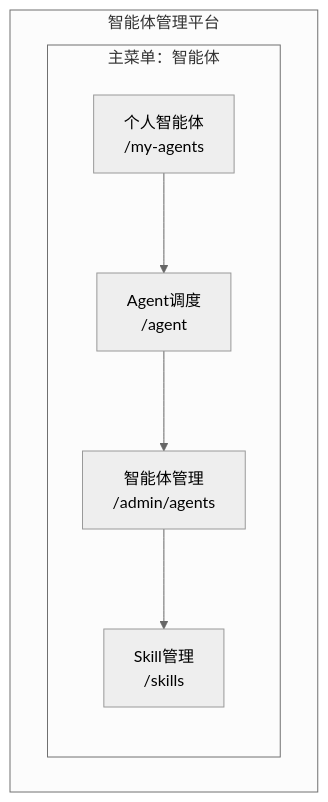
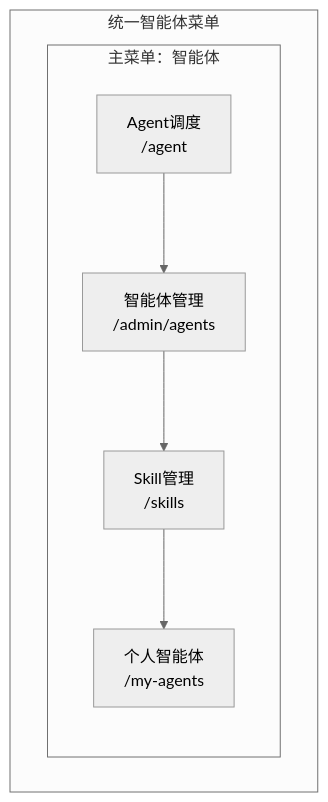
One commit to inier/ontology-graphiti changed the tenth of 11 diagrams in .qoder/repowiki/zh/content/架构设计/分层架构设计/L3-L4 业务层/智能体协同系统.md. Above: the diagram before and after it, drawn with Mermaid (neutral theme). The commit also changed other lines of this file and 10 other files, not shown here.

First line of the commit message:
refactor: 智能问答内联渲染 — 移除独立Tab，图表/时序/报告内嵌于会话消息

````diff
--- a/.qoder/repowiki/zh/content/架构设计/分层架构设计/L3-L4 业务层/智能体协同系统.md
+++ b/.qoder/repowiki/zh/content/架构设计/分层架构设计/L3-L4 业务层/智能体协同系统.md
@@ -410,14 +411,14 @@
 ```mermaid
 graph TB
-subgraph "智能体管理平台"
+subgraph "统一智能体菜单"
 subgraph "主菜单：智能体"
-A1["个人智能体<br/>/my-agents"]
-A2["Agent调度<br/>/agent"]
-A3["智能体管理<br/>/admin/agents"]
-A4["Skill管理<br/>/skills"]
+A1["Agent调度<br/>/agent"]
+A2["智能体管理<br/>/admin/agents"]
+A3["Skill管理<br/>/skills"]
+A4["个人智能体<br/>/my-agents"]
 end
 end
 A1 --> A2
 A2 --> A3
 A3 --> A4
 ```
````
